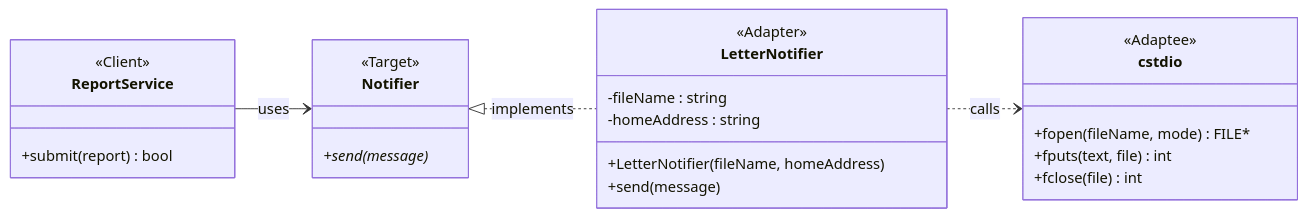
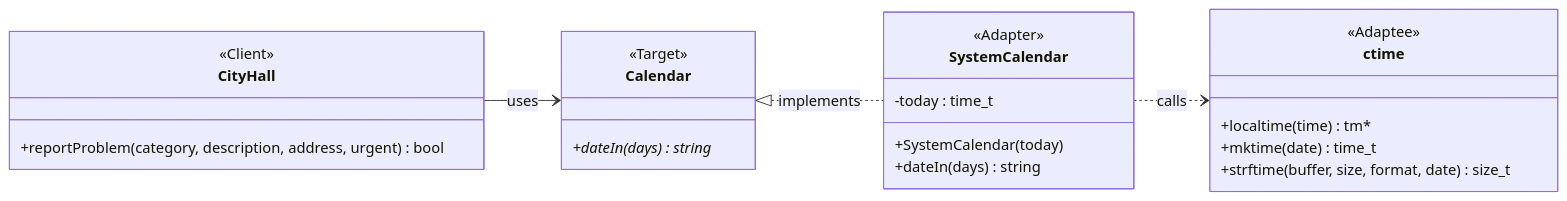
Before and after one commit to EftodeAndreiFAF242/TMPS: the second of 5 diagrams in Lab3/REPORT.md, drawn with Mermaid. The commit also changed other lines of this file and 2 other files, not shown here.

First line of the commit message:
Rewrite the report for the four patterns and the calendar adapter

````diff
--- a/Lab3/REPORT.md
+++ b/Lab3/REPORT.md
@@ -143,28 +128,27 @@
 ```mermaid
 classDiagram
     direction LR
-    class ReportService {
+    class CityHall {
         <<Client>>
-        +submit(report) bool
+        +reportProblem(category, description, address, urgent) bool
     }
-    class Notifier {
+    class Calendar {
         <<Target>>
-        +send(message)*
+        +dateIn(days) string*
     }
-    class LetterNotifier {
+    class SystemCalendar {
         <<Adapter>>
-        -fileName : string
-        -homeAddress : string
-        +LetterNotifier(fileName, homeAddress)
-        +send(message)
+        -today : time_t
+        +SystemCalendar(today)
+        +dateIn(days) string
     }
-    class cstdio {
+    class ctime {
         <<Adaptee>>
-        +fopen(fileName, mode) FILE#42;
-        +fputs(text, file) int
-        +fclose(file) int
+        +localtime(time) tm#42;
+        +mktime(date) time_t
+        +strftime(buffer, size, format, date) size_t
     }
-    ReportService --> Notifier : uses
-    Notifier <|.. LetterNotifier : implements
-    LetterNotifier ..> cstdio : calls
+    CityHall --> Calendar : uses
+    Calendar <|.. SystemCalendar : implements
+    SystemCalendar ..> ctime : calls
 ```
````
